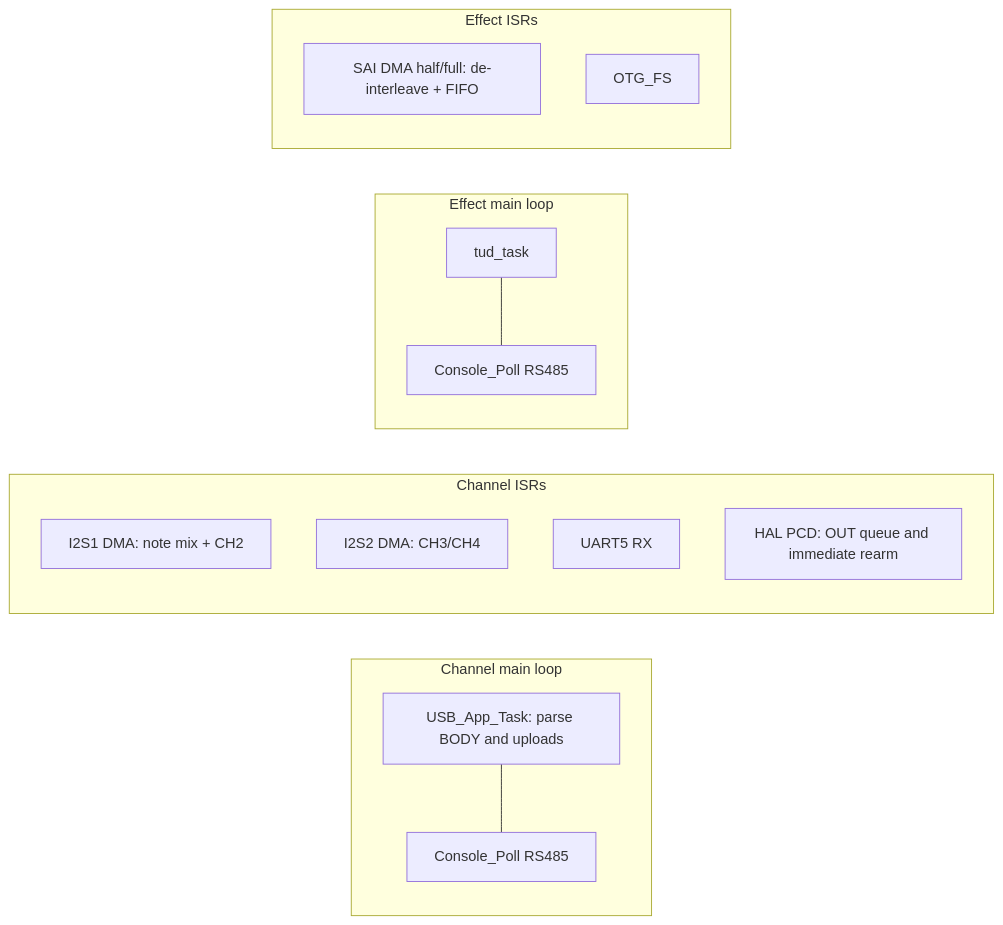
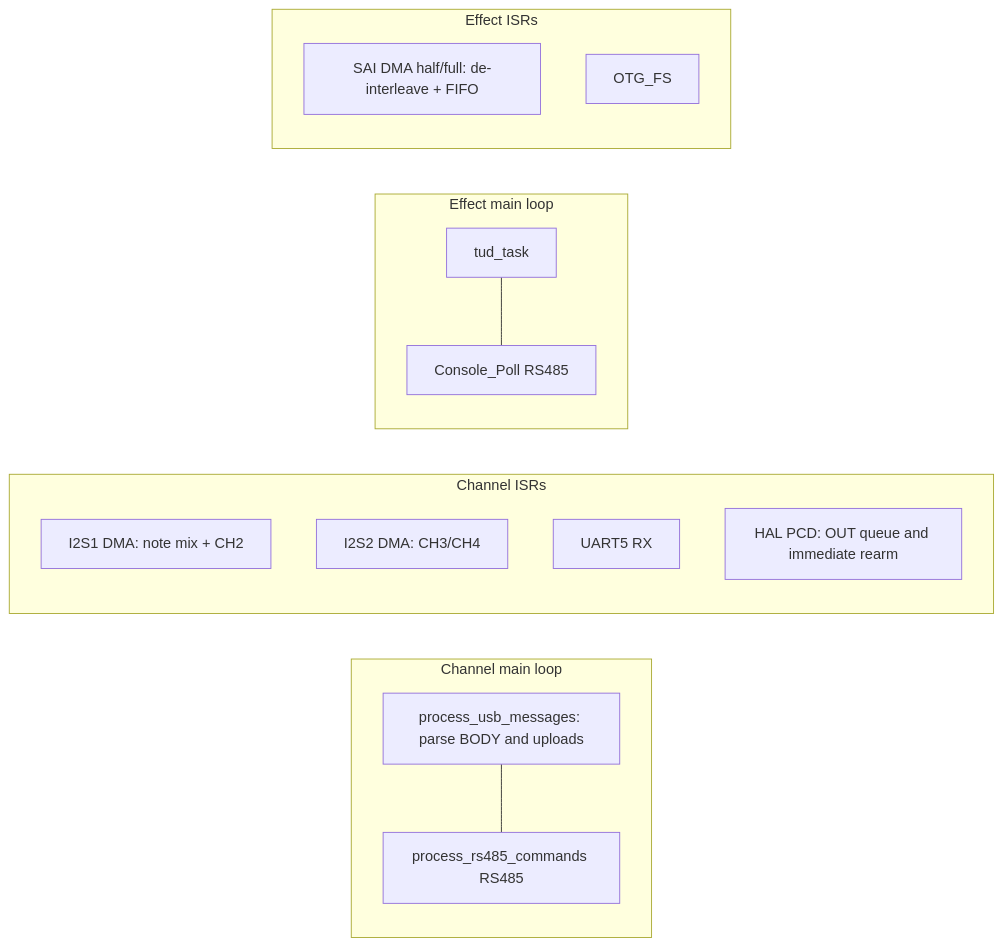
One commit to narendrabhatt-freshwater/firmware changed the fifth of 5 diagrams in docs/diagrams/card_data_flow.md. Above: the diagram before and after it, drawn with Mermaid. The commit also changed other lines of this file and 69 other files, not shown here.

````diff
--- a/docs/diagrams/card_data_flow.md
+++ b/docs/diagrams/card_data_flow.md
@@ -241,26 +241,26 @@
 ```mermaid
 flowchart LR
   subgraph ch_loop [Channel main loop]
-    Tud1[USB_App_Task: parse BODY and uploads]
-    Con1[Console_Poll RS485]
+    Tud1[process_usb_messages: parse BODY and uploads]
+    Con1[process_rs485_commands RS485]
     Tud1 --- Con1
   end
 
   subgraph ch_isr [Channel ISRs]
     I2S1[I2S1 DMA: note mix + CH2]
     I2S2[I2S2 DMA: CH3/CH4]
     U5[UART5 RX]
     USB1[HAL PCD: OUT queue and immediate rearm]
   end
 
   subgraph fx_loop [Effect main loop]
     Tud2[tud_task]
     Con2[Console_Poll RS485]
     Tud2 --- Con2
   end
 
   subgraph fx_isr [Effect ISRs]
     SaiDma[SAI DMA half/full: de-interleave + FIFO]
     USB2[OTG_FS]
   end
 ```
````
